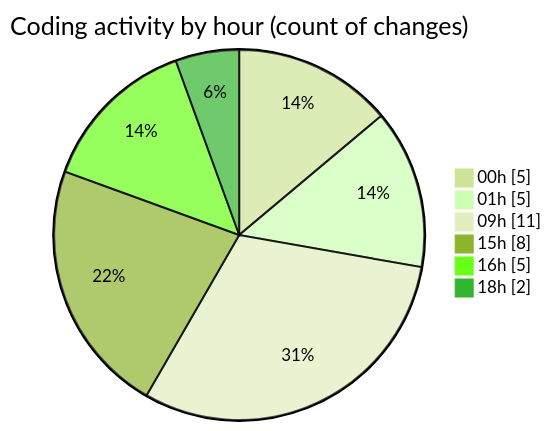
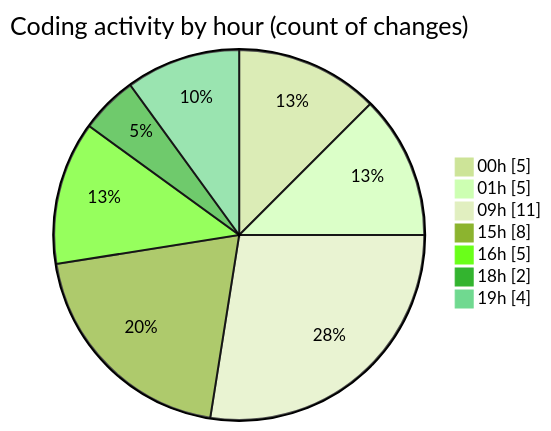
Before and after one commit to EIIisD/code-tracking: the second of 2 diagrams in 2025-07-12/ribbon/README.md, drawn with Mermaid (forest theme). The commit also changed other lines of this file and 1 other file, not shown here.

````diff
--- a/2025-07-12/ribbon/README.md
+++ b/2025-07-12/ribbon/README.md
@@ -39,10 +39,11 @@
 ```mermaid
 pie showData
 title Coding activity by hour (count of changes)
 "00h" : 5
 "01h" : 5
 "09h" : 11
 "15h" : 8
 "16h" : 5
 "18h" : 2
+"19h" : 4
 ```
````
